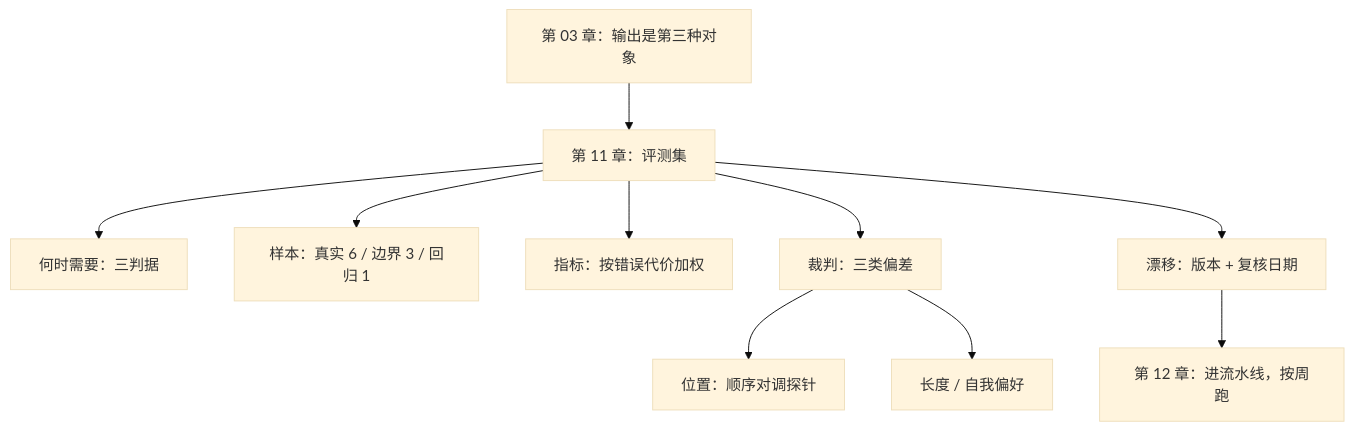
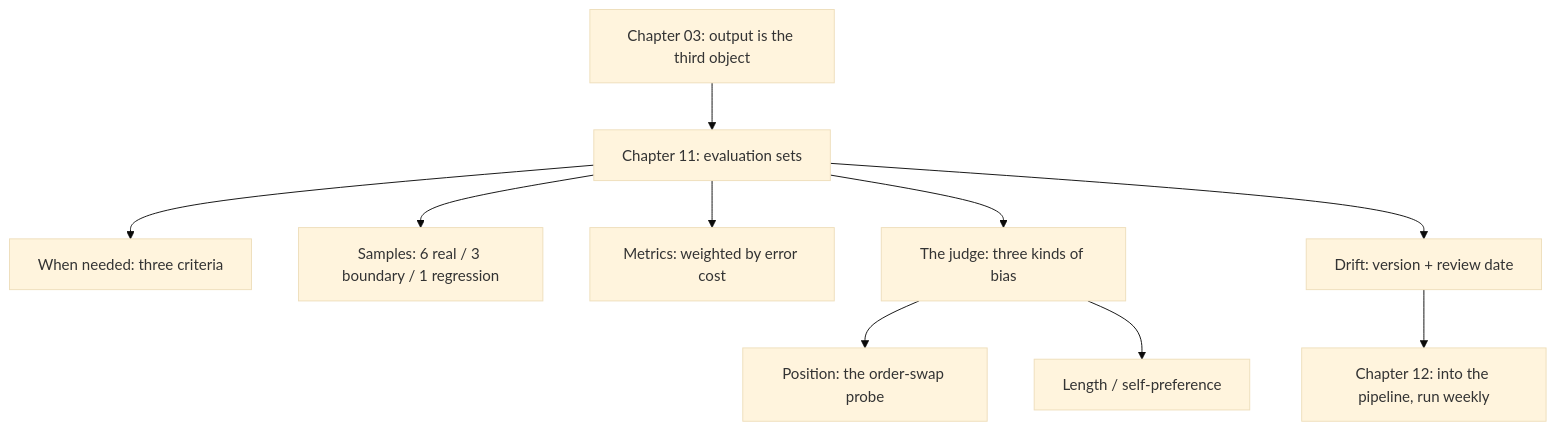
One commit to xzlxiao/vibe-coding-textbook changed the diagram in phase3/chapters/ch11-eval-sets.md. Above: the diagram before and after it, drawn with Mermaid (base theme). The commit also changed other lines of this file and 12 other files, not shown here.

````diff
--- a/phase3/chapters/ch11-eval-sets.md
+++ b/phase3/chapters/ch11-eval-sets.md
@@ -205,12 +205,12 @@
 ```mermaid
 flowchart TD
-    A["第 03 章：输出是第三种对象"] --> B["第 11 章：评测集"]
-    B --> C["何时需要：三判据"]
-    B --> D["样本：真实 6 / 边界 3 / 回归 1"]
-    B --> E["指标：按错误代价加权"]
-    B --> F["裁判：三类偏差"]
-    F --> F1["位置：顺序对调探针"]
-    F --> F2["长度 / 自我偏好"]
-    B --> G["漂移：版本 + 复核日期"]
-    G --> H["第 12 章：进流水线，按周跑"]
+    A["Chapter 03: output is the third object"] --> B["Chapter 11: evaluation sets"]
+    B --> C["When needed: three criteria"]
+    B --> D["Samples: 6 real / 3 boundary / 1 regression"]
+    B --> E["Metrics: weighted by error cost"]
+    B --> F["The judge: three kinds of bias"]
+    F --> F1["Position: the order-swap probe"]
+    F --> F2["Length / self-preference"]
+    B --> G["Drift: version + review date"]
+    G --> H["Chapter 12: into the pipeline, run weekly"]
 ```
````
